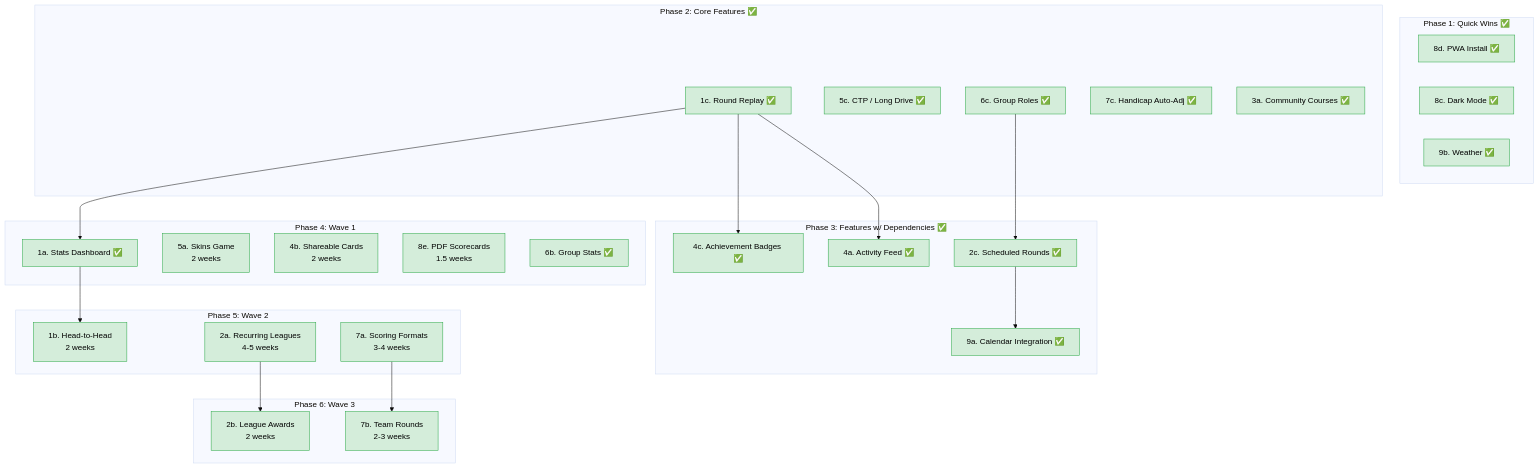
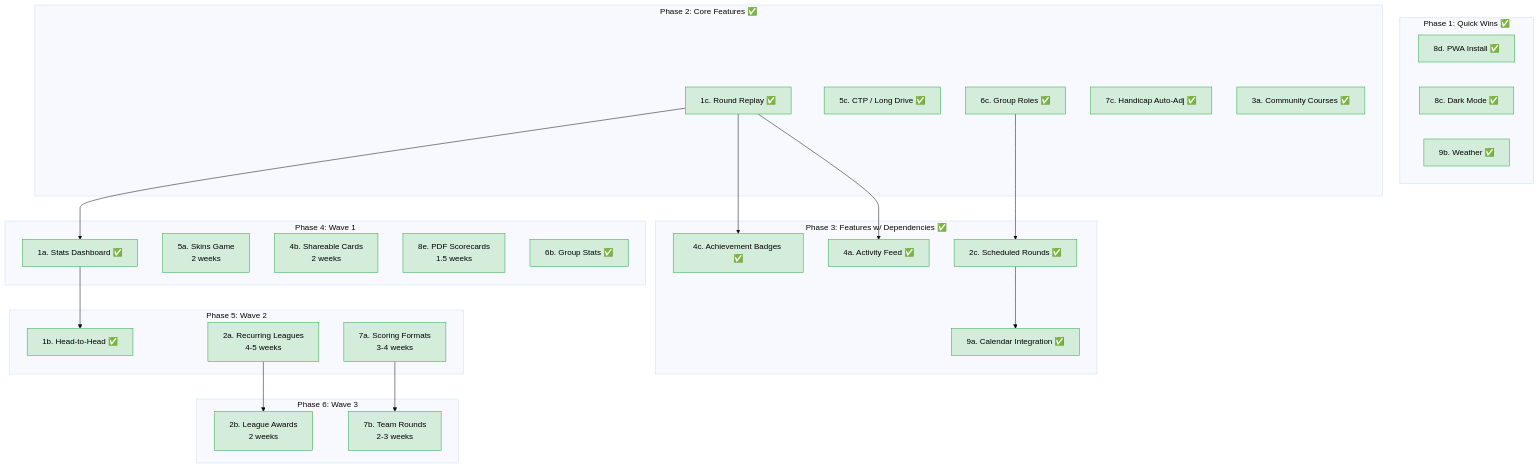
Before and after one commit to Lachy-Dauth/dad-golf: the first of 2 diagrams in docs/roadmap.md, drawn with Mermaid (base theme). The commit also changed other lines of this file and 9 other files, not shown here.

````diff
--- a/docs/roadmap.md
+++ b/docs/roadmap.md
@@ -12,59 +12,59 @@
 ```mermaid
 flowchart TD
     subgraph phase1["Phase 1: Quick Wins ✅"]
         direction LR
         P1B["8d. PWA Install ✅"]
         P1C["8c. Dark Mode ✅"]
         P1D["9b. Weather ✅"]
     end
 
     subgraph phase2["Phase 2: Core Features ✅"]
         P2A["1c. Round Replay ✅"]
         P2B["5c. CTP / Long Drive ✅"]
         P2D["6c. Group Roles ✅"]
         P2E["7c. Handicap Auto-Adj ✅"]
         P2F["3a. Community Courses ✅"]
     end
 
     subgraph phase3["Phase 3: Features w/ Dependencies ✅"]
         P3B["2c. Scheduled Rounds ✅"]
         P3C["9a. Calendar Integration ✅"]
         P3D["4a. Activity Feed ✅"]
         P3E["4c. Achievement Badges ✅"]
     end
 
     subgraph phase4["Phase 4: Wave 1"]
         P4A["1a. Stats Dashboard ✅"]
         P4B["5a. Skins Game\n2 weeks"]
         P4C["4b. Shareable Cards\n2 weeks"]
         P4D["8e. PDF Scorecards\n1.5 weeks"]
         P4E["6b. Group Stats ✅"]
     end
 
     subgraph phase5["Phase 5: Wave 2"]
-        P5A["1b. Head-to-Head\n2 weeks"]
+        P5A["1b. Head-to-Head ✅"]
         P5B["2a. Recurring Leagues\n4-5 weeks"]
         P5C["7a. Scoring Formats\n3-4 weeks"]
     end
 
     subgraph phase6["Phase 6: Wave 3"]
         P6A["2b. League Awards\n2 weeks"]
         P6B["7b. Team Rounds\n2-3 weeks"]
     end
 
     %% Dependencies
     P2D --> P3B
     P3B --> P3C
     P2A --> P3D
     P2A --> P3E
 
     P2A --> P4A
     P4A --> P5A
     P5B --> P6A
     P5C --> P6B
 
     %% Styling
     classDef free fill:#d4edda,stroke:#28a745,color:#000
 
     class P1B,P1C,P1D,P2A,P2B,P2D,P2E,P2F,P3B,P3C,P3D,P3E,P4A,P4B,P4C,P4D,P4E,P5A,P5B,P5C,P6A,P6B free
 ```
````
